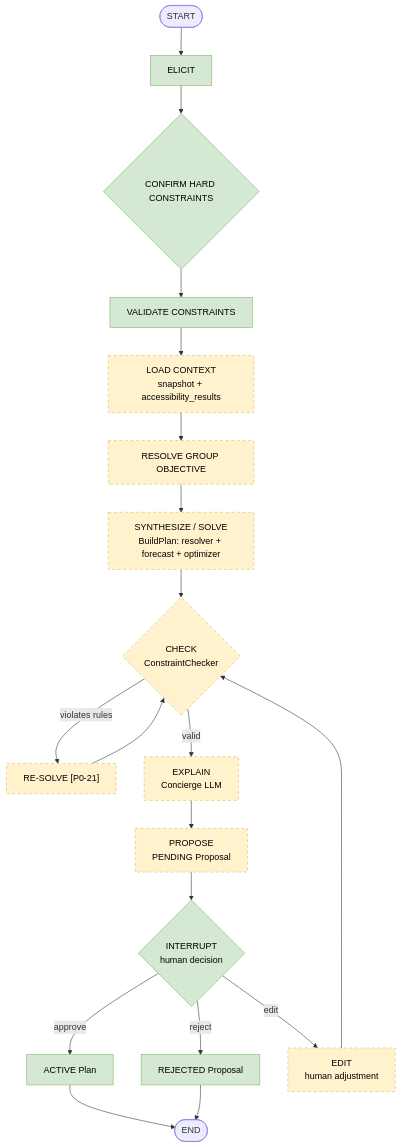
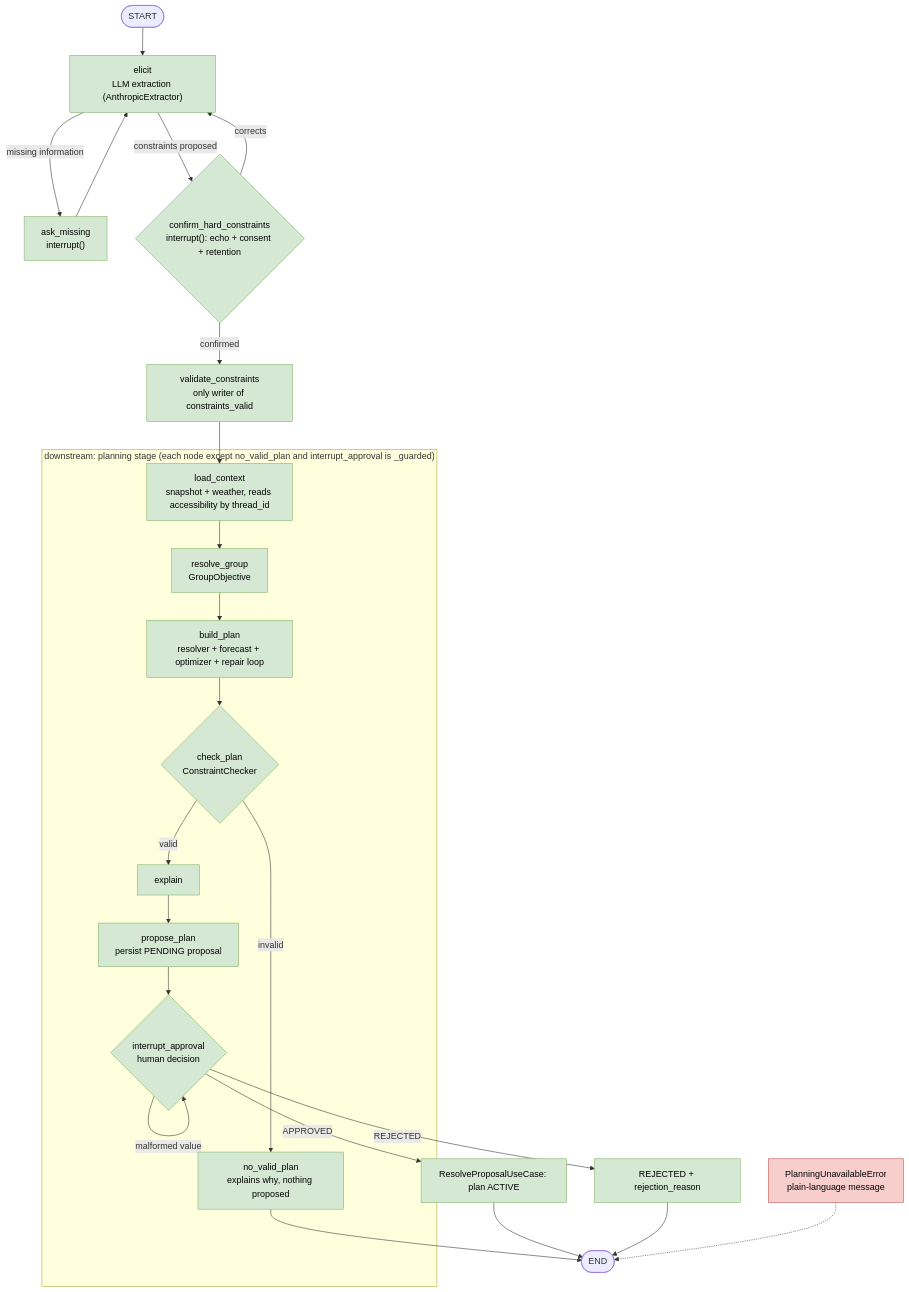
Before and after one commit to andrea0727/parkmind-agentic-ai: the first of 2 diagrams in docs/diagrams/agent-flow.md, drawn with Mermaid. The commit also changed other lines of this file and 3 other files, not shown here.

Commit message:
adding diagrams

````diff
--- a/docs/diagrams/agent-flow.md
+++ b/docs/diagrams/agent-flow.md
@@ -50,24 +16,31 @@
 ```mermaid
 flowchart TD
-  S([START]) --> EL["ELICIT"]:::impl
-  EL --> CH{"CONFIRM HARD CONSTRAINTS"}:::impl
-  CH --> VA["VALIDATE CONSTRAINTS"]:::impl
-  VA --> LC["LOAD CONTEXT<br/>snapshot + accessibility_results"]:::target
-  LC --> GO["RESOLVE GROUP OBJECTIVE"]:::target
-  GO --> SO["SYNTHESIZE / SOLVE<br/>BuildPlan: resolver + forecast + optimizer"]:::target
-  SO --> CK{"CHECK<br/>ConstraintChecker"}:::target
-  CK -- violates rules --> RS["RE-SOLVE [P0-21]"]:::target
-  RS --> CK
-  CK -- valid --> EX["EXPLAIN<br/>Concierge LLM"]:::target
-  EX --> PR["PROPOSE<br/>PENDING Proposal"]:::target
-  PR --> IN{"INTERRUPT<br/>human decision"}:::impl
-  IN -- approve --> OK["ACTIVE Plan"]:::impl
-  IN -- reject --> RJ["REJECTED Proposal"]:::impl
-  IN -- edit --> ED["EDIT<br/>human adjustment"]:::target
-  ED --> CK
+  S([START]) --> EL["elicit<br/>LLM extraction (AnthropicExtractor)"]:::impl
+  EL -- missing information --> AM["ask_missing<br/>interrupt()"]:::impl
+  AM --> EL
+  EL -- constraints proposed --> CH{"confirm_hard_constraints<br/>interrupt(): echo + consent + retention"}:::impl
+  CH -- corrects --> EL
+  CH -- confirmed --> VA["validate_constraints<br/>only writer of constraints_valid"]:::impl
+  VA --> LC
+
+  subgraph PLAN["downstream: planning stage (each node except no_valid_plan and interrupt_approval is _guarded)"]
+    LC["load_context<br/>snapshot + weather, reads accessibility by thread_id"]:::impl --> RG["resolve_group<br/>GroupObjective"]:::impl
+    RG --> BP["build_plan<br/>resolver + forecast + optimizer + repair loop"]:::impl
+    BP --> CK{"check_plan<br/>ConstraintChecker"}:::impl
+    CK -- valid --> EX["explain"]:::impl
+    EX --> PR["propose_plan<br/>persist PENDING proposal"]:::impl
+    PR --> IN{"interrupt_approval<br/>human decision"}:::impl
+    CK -- invalid --> NV["no_valid_plan<br/>explains why, nothing proposed"]:::impl
+  end
+
+  IN -- APPROVED --> OK["ResolveProposalUseCase: plan ACTIVE"]:::impl
+  IN -- REJECTED --> RJ["REJECTED + rejection_reason"]:::impl
+  IN -- malformed value --> IN
   OK --> Z([END])
   RJ --> Z
+  NV --> Z
+  UN["PlanningUnavailableError<br/>plain-language message"]:::err -.-> Z
 
   classDef impl fill:#d5e8d4,stroke:#82b366,color:#000
-  classDef target fill:#fff2cc,stroke:#d6b656,stroke-dasharray:5 5,color:#000
+  classDef err fill:#f8cecc,stroke:#b85450,color:#000
 ```
````
